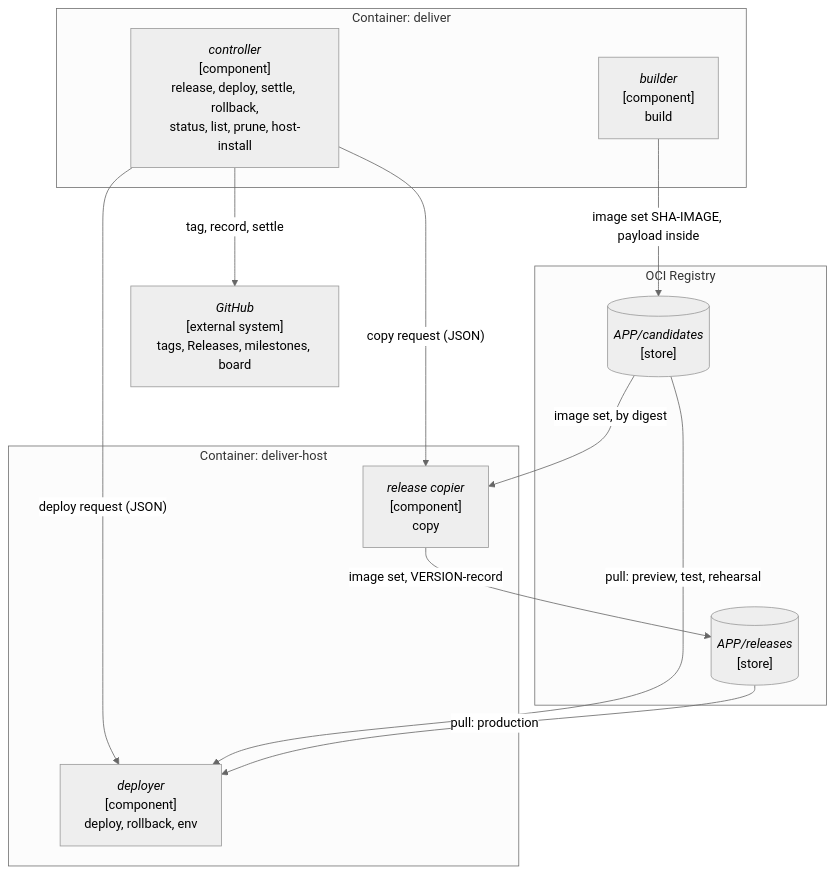
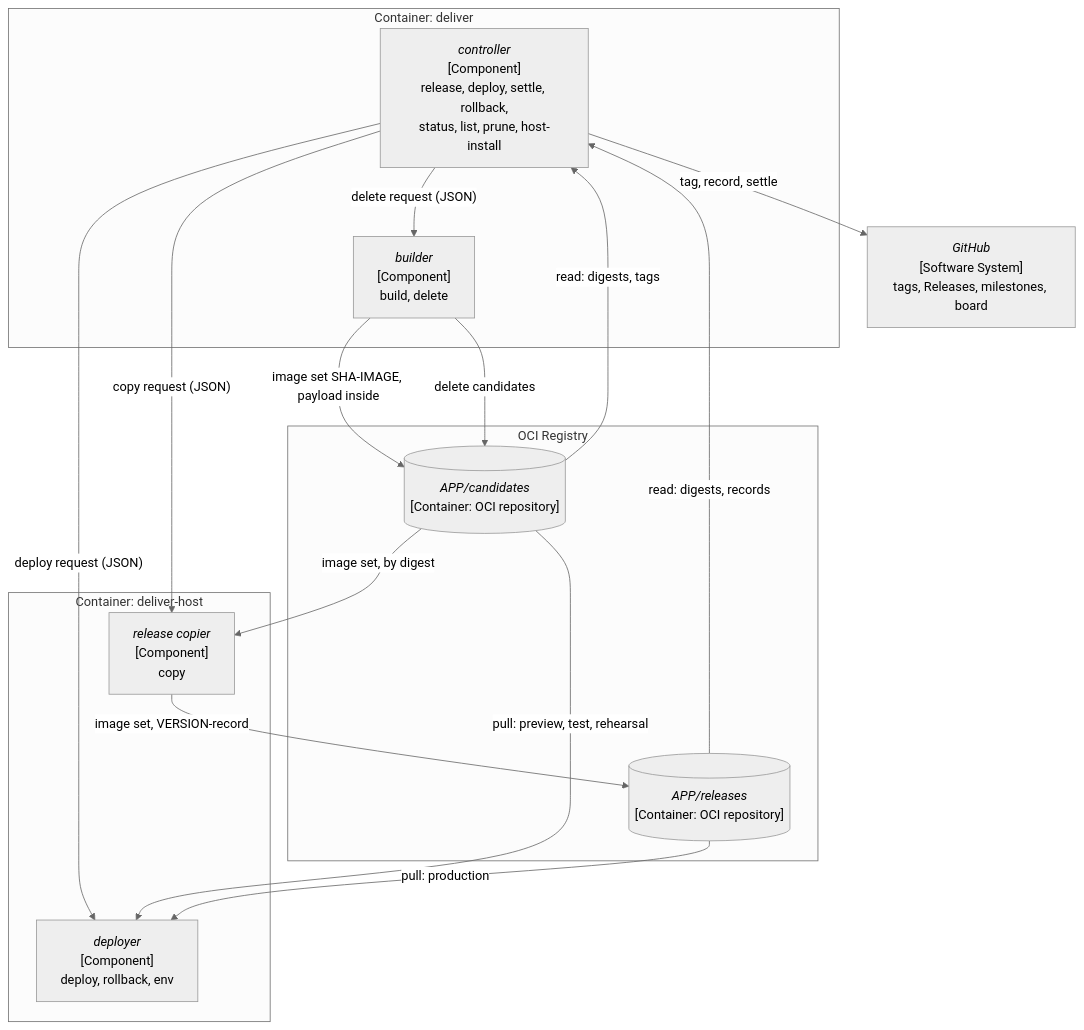
Before and after one commit to delphside/programme: the first of 5 diagrams in records/2.5-changes/programme-tooling/117-generic-deliver-tool/design.md, drawn with Mermaid (neutral theme). The commit also changed other lines of this file and 12 other files, not shown here.

````diff
--- a/records/2.5-changes/programme-tooling/117-generic-deliver-tool/design.md
+++ b/records/2.5-changes/programme-tooling/117-generic-deliver-tool/design.md
@@ -67,24 +84,28 @@
 ```mermaid
 flowchart TB
   subgraph DELIVER["Container: deliver"]
-    CTL["<i>controller</i><br>[component]<br>release, deploy, settle, rollback,<br>status, list, prune, host-install"]
-    BLD["<i>builder</i><br>[component]<br>build"]
+    CTL["<i>controller</i><br>[Component]<br>release, deploy, settle, rollback,<br>status, list, prune, host-install"]
+    BLD["<i>builder</i><br>[Component]<br>build, delete"]
   end
   subgraph HOST["Container: deliver-host"]
-    COPY["<i>release copier</i><br>[component]<br>copy"]
-    DEP["<i>deployer</i><br>[component]<br>deploy, rollback, env"]
+    COPY["<i>release copier</i><br>[Component]<br>copy"]
+    DEP["<i>deployer</i><br>[Component]<br>deploy, rollback, env"]
   end
   subgraph OCIR["OCI Registry"]
-    CAND[("<i>APP/candidates</i><br>[store]")]
-    REL[("<i>APP/releases</i><br>[store]")]
+    CAND[("<i>APP/candidates</i><br>[Container: OCI repository]")]
+    REL[("<i>APP/releases</i><br>[Container: OCI repository]")]
   end
-  GH["<i>GitHub</i><br>[external system]<br>tags, Releases, milestones, board"]
+  GH["<i>GitHub</i><br>[Software System]<br>tags, Releases, milestones, board"]
   BLD -->|"image set SHA-IMAGE, payload inside"| CAND
+  CAND -->|"read: digests, tags"| CTL
+  REL -->|"read: digests, records"| CTL
+  CTL -->|"delete request (JSON)"| BLD
+  BLD -->|"delete candidates"| CAND
   CTL -->|"copy request (JSON)"| COPY
   CAND -->|"image set, by digest"| COPY
   COPY -->|"image set, VERSION-record"| REL
   CTL -->|"deploy request (JSON)"| DEP
   CAND -->|"pull: preview, test, rehearsal"| DEP
   REL -->|"pull: production"| DEP
   CTL -->|"tag, record, settle"| GH
 ```
````
